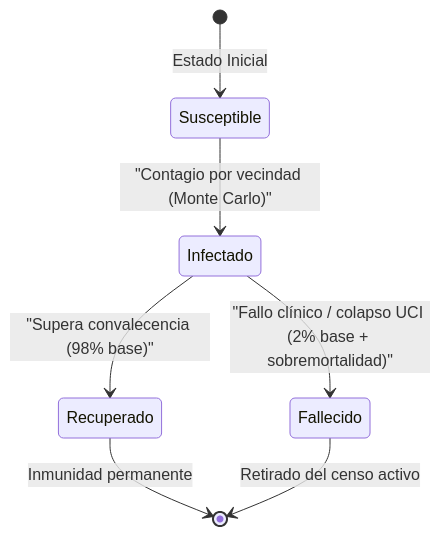
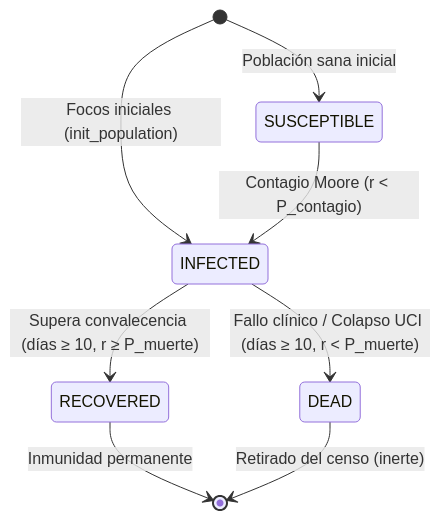
Before and after one commit to jhg45-ua/PandemiaIC: the second of 3 diagrams in docs/modelo.md, drawn with Mermaid. The commit also changed other lines of this file and 16 other files, not shown here.

````diff
--- a/docs/modelo.md
+++ b/docs/modelo.md
@@ -81,9 +98,15 @@
 ```mermaid
 stateDiagram-v2
-    [*] --> Susceptible : Estado Inicial
-    Susceptible --> Infectado : "Contagio por vecindad (Monte Carlo)"
-    Infectado --> Recuperado : "Supera convalecencia (98% base)"
-    Infectado --> Fallecido : "Fallo clínico / colapso UCI (2% base + sobremortalidad)"
-    Recuperado --> [*] : Inmunidad permanente
-    Fallecido --> [*] : Retirado del censo activo
+    direction TB
+
+    [*] --> SUSCEPTIBLE : Población sana inicial
+    [*] --> INFECTED : Focos iniciales (init_population)
+
+    SUSCEPTIBLE --> INFECTED : Contagio Moore (r < P_contagio)
+
+    INFECTED --> RECOVERED : Supera convalecencia (días ≥ 10, r ≥ P_muerte)
+    INFECTED --> DEAD : Fallo clínico / Colapso UCI (días ≥ 10, r < P_muerte)
+
+    RECOVERED --> [*] : Inmunidad permanente
+    DEAD --> [*] : Retirado del censo (inerte)
 ```
````
